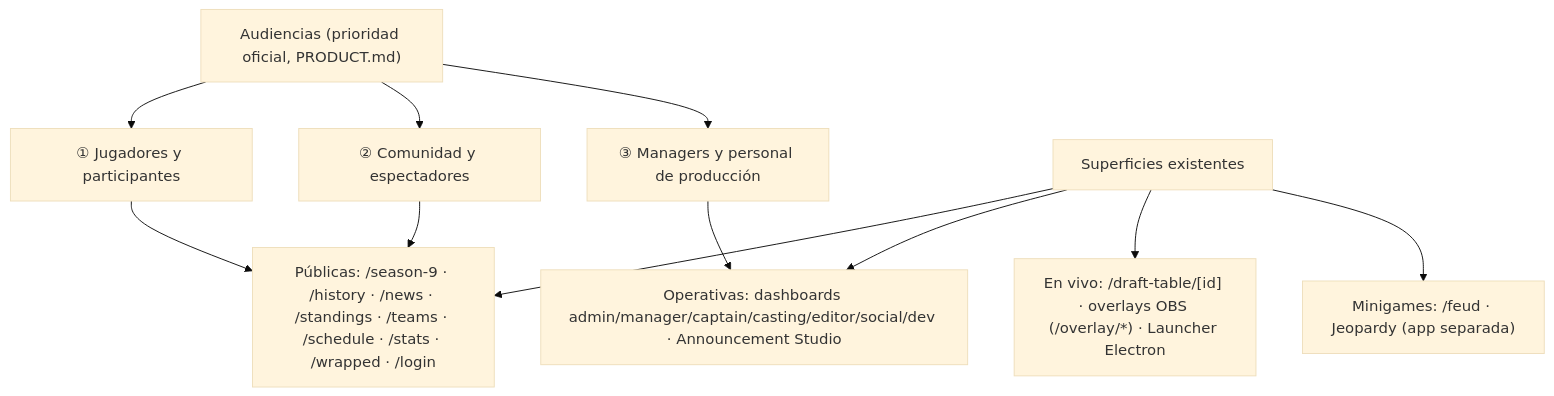
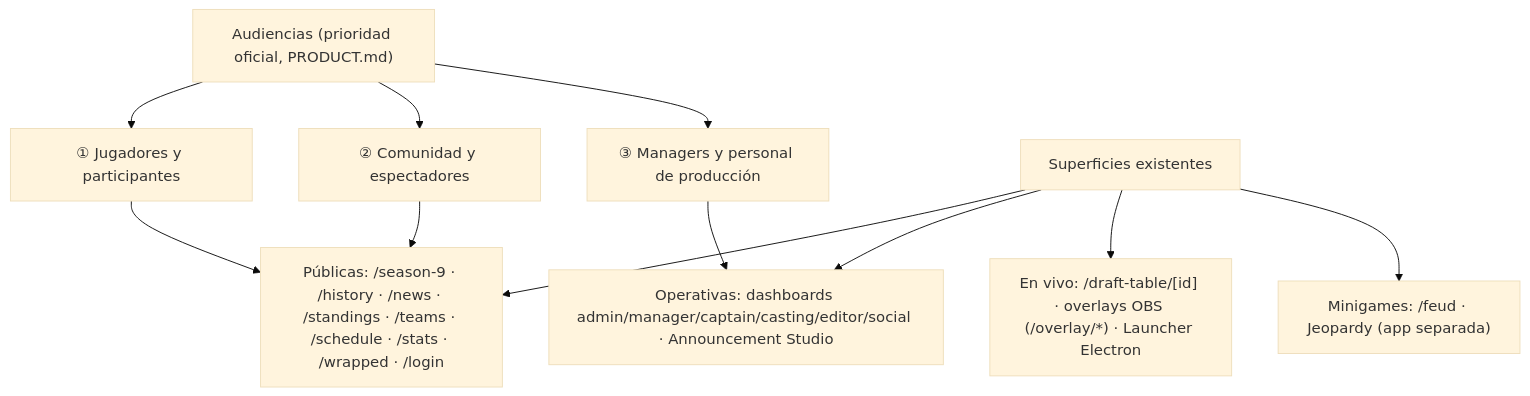
Before and after one commit to AlonsoOspino/GoongingaProyectDesigning: the fifth of 10 diagrams in BRAND.md, drawn with Mermaid (base theme). The commit also changed 50 other files, not shown here.

````diff
--- a/BRAND.md
+++ b/BRAND.md
@@ -122,17 +122,17 @@
 ```mermaid
 graph TD
     AUD["Audiencias (prioridad oficial, PRODUCT.md)"]
     AUD --> A1["① Jugadores y participantes"]
     AUD --> A2["② Comunidad y espectadores"]
     AUD --> A3["③ Managers y personal de producción"]
 
     SUB["Superficies existentes"]
     SUB --> PUB["Públicas: /season-9 · /history · /news · /standings · /teams · /schedule · /stats · /wrapped · /login"]
-    SUB --> OPS["Operativas: dashboards admin/manager/captain/casting/editor/social/dev · Announcement Studio"]
+    SUB --> OPS["Operativas: dashboards admin/manager/captain/casting/editor/social · Announcement Studio"]
     SUB --> LIVE["En vivo: /draft-table/[id] · overlays OBS (/overlay/*) · Launcher Electron"]
     SUB --> MG["Minigames: /feud · Jeopardy (app separada)"]
 
     A1 --> PUB
     A2 --> PUB
     A3 --> OPS
 ```
````
